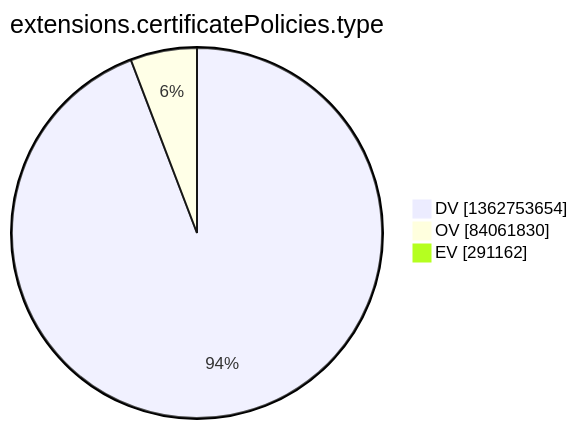
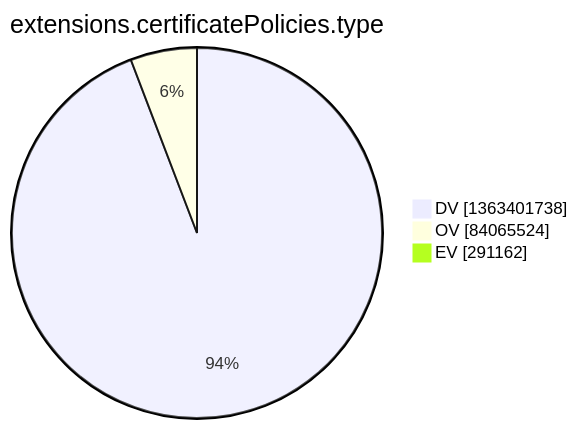
The tenth of 15 diagrams in argon2022/README.md (christiankrug/ctmonitor_visualization), drawn with Mermaid before and after one commit. The commit also changed other lines of this file, not shown here.

````diff
--- a/argon2022/README.md
+++ b/argon2022/README.md
@@ -2773,7 +2773,7 @@
 ```mermaid
 pie showData
 title extensions.certificatePolicies.type
-"DV" :1362753654
-"OV" :84061830
+"DV" :1363401738
+"OV" :84065524
 "EV" :291162
 ```
````
